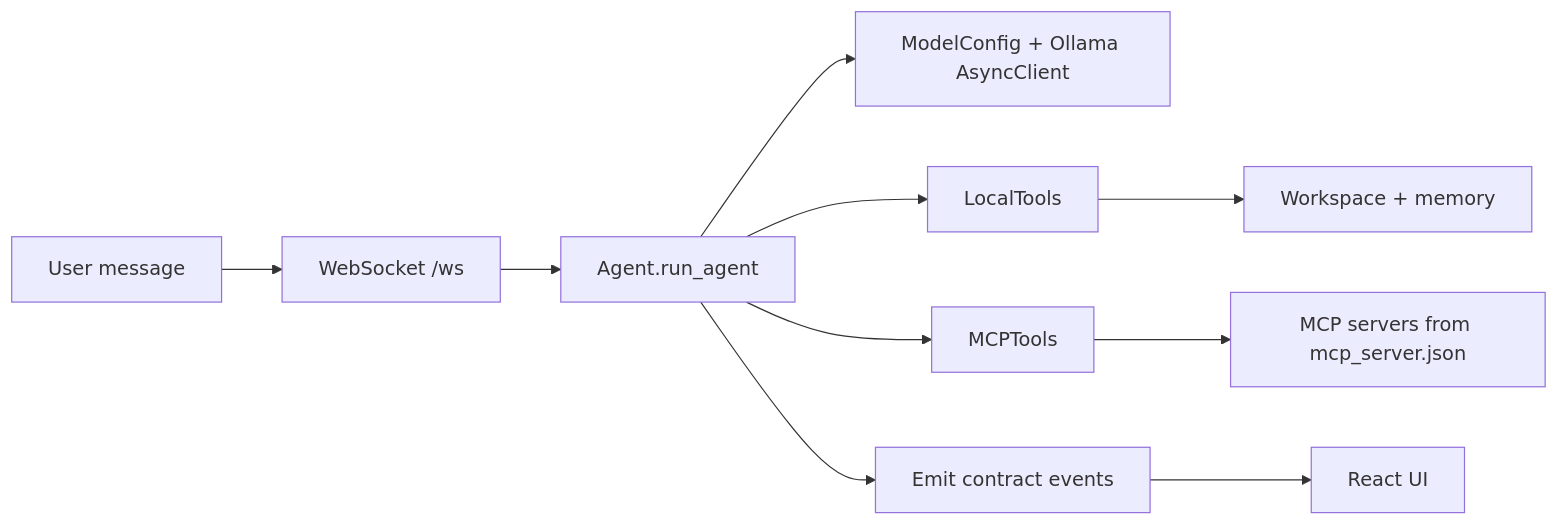
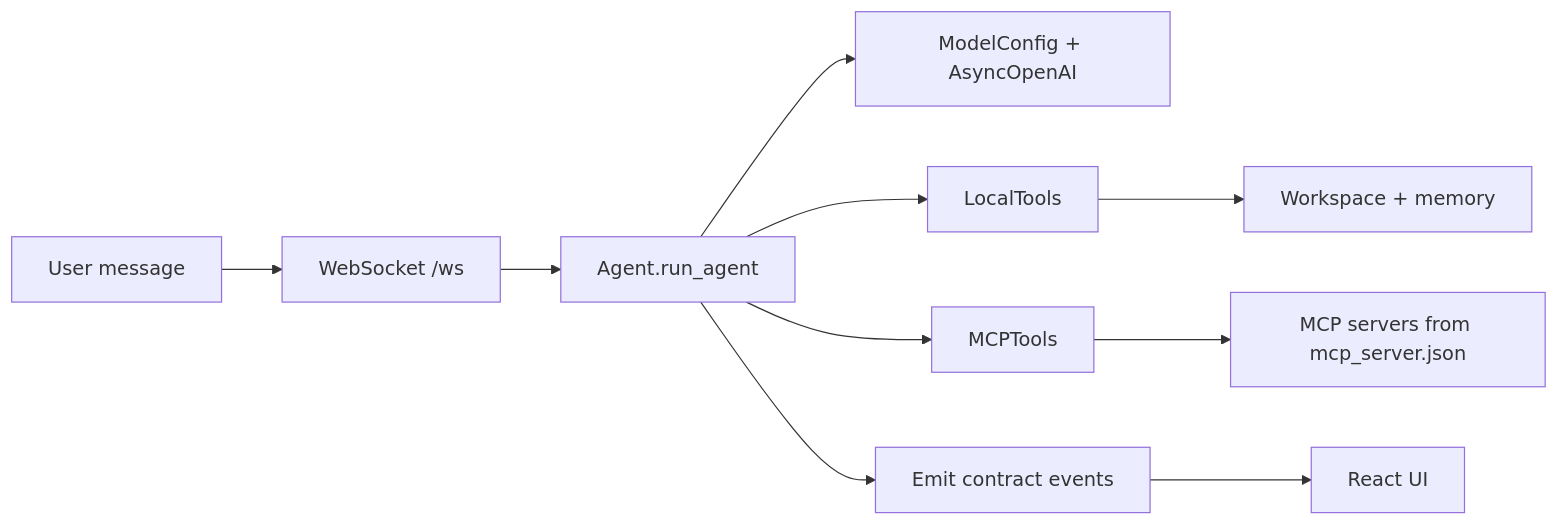
The diagram in docs/Architecture/Harness.md (LS-Stray-Synapses/Axol), drawn with Mermaid before and after one commit. The commit also changed other lines of this file and 8 other files, not shown here.

Commit message:
- Reverse to OpenAI api to use llama.cpp for local models - Added reasoning(thinking) mechanism to work with llama.cpp and ollama - Updated docs

````diff
--- a/docs/Architecture/Harness.md
+++ b/docs/Architecture/Harness.md
@@ -22,12 +22,12 @@
 ```mermaid
 flowchart LR
     U[User message] --> S[WebSocket /ws]
     S --> A[Agent.run_agent]
-    A --> M[ModelConfig + Ollama AsyncClient]
+    A --> M[ModelConfig + AsyncOpenAI]
     A --> LT[LocalTools]
     A --> MT[MCPTools]
     LT --> WS[Workspace + memory]
     MT --> MCP[MCP servers from mcp_server.json]
     A --> E[Emit contract events]
     E --> UI[React UI]
 ```
````
